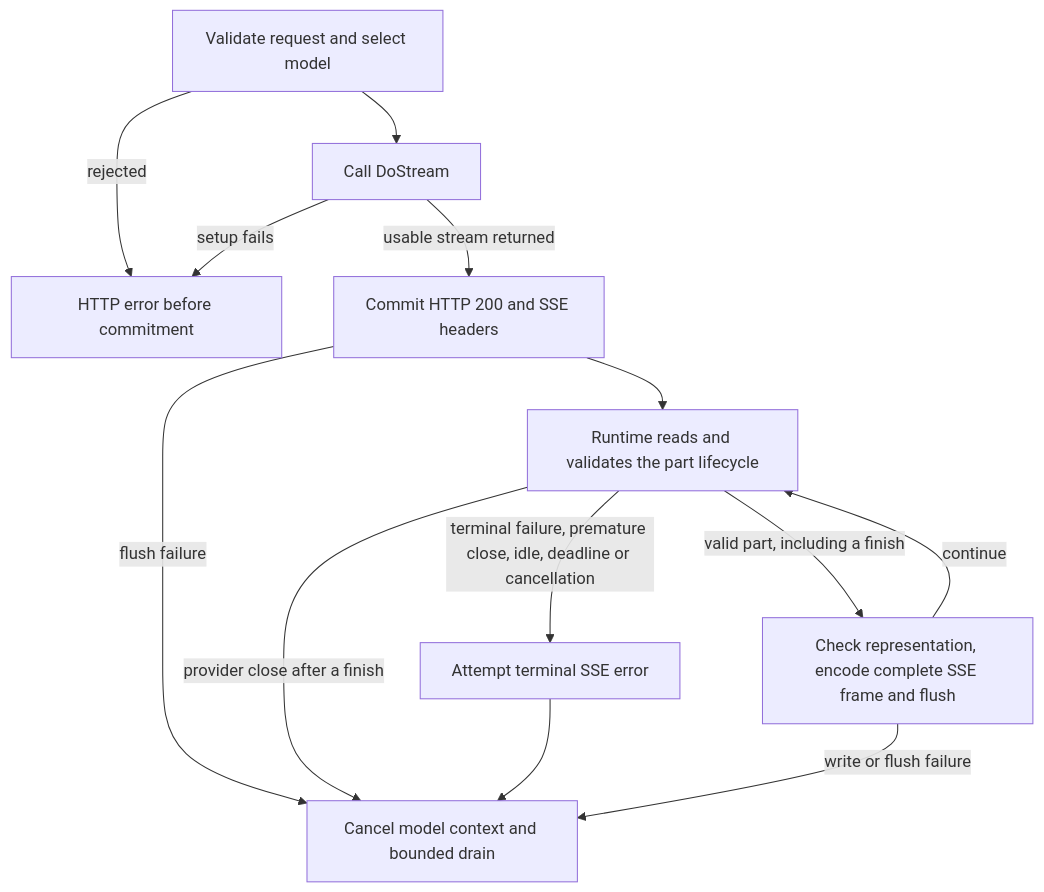
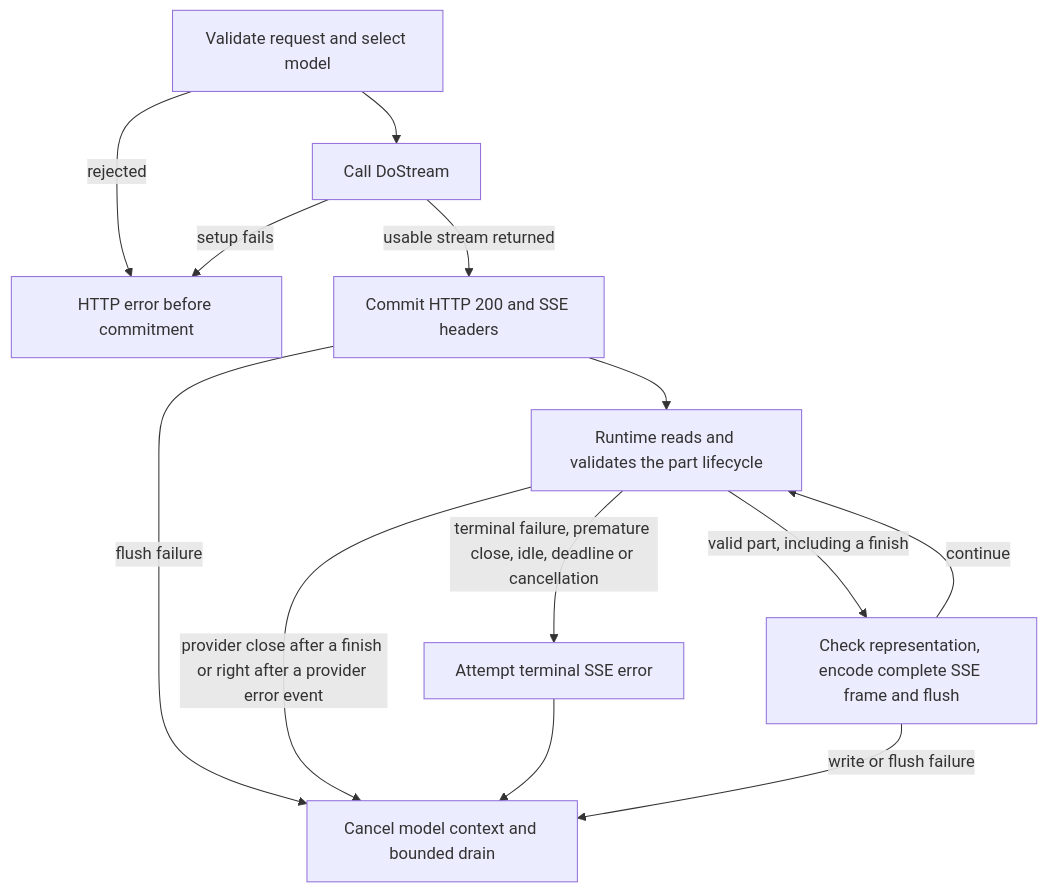
Before and after one commit to grafana/ai-sdk: the third of 3 diagrams in docs/concepts/gateway-architecture.md, drawn with Mermaid. The commit also changed other lines of this file and 41 other files, not shown here.

````diff
--- a/docs/concepts/gateway-architecture.md
+++ b/docs/concepts/gateway-architecture.md
@@ -211,15 +211,15 @@
 ```mermaid
 flowchart TD
   request[Validate request and select model] --> setup[Call DoStream]
   request -->|rejected| httpError[HTTP error before commitment]
   setup -->|setup fails| httpError
   setup -->|usable stream returned| commit[Commit HTTP 200 and SSE headers]
   commit --> read[Runtime reads and validates the part lifecycle]
   commit -->|flush failure| cleanup
   read -->|valid part, including a finish| frame[Check representation, encode complete SSE frame and flush]
   frame -->|continue| read
-  read -->|provider close after a finish| cleanup[Cancel model context and bounded drain]
+  read -->|provider close after a finish or right after a provider error event| cleanup[Cancel model context and bounded drain]
   read -->|terminal failure, premature close, idle, deadline or cancellation| terminal[Attempt terminal SSE error]
   terminal --> cleanup
   frame -->|write or flush failure| cleanup
 ```
````
